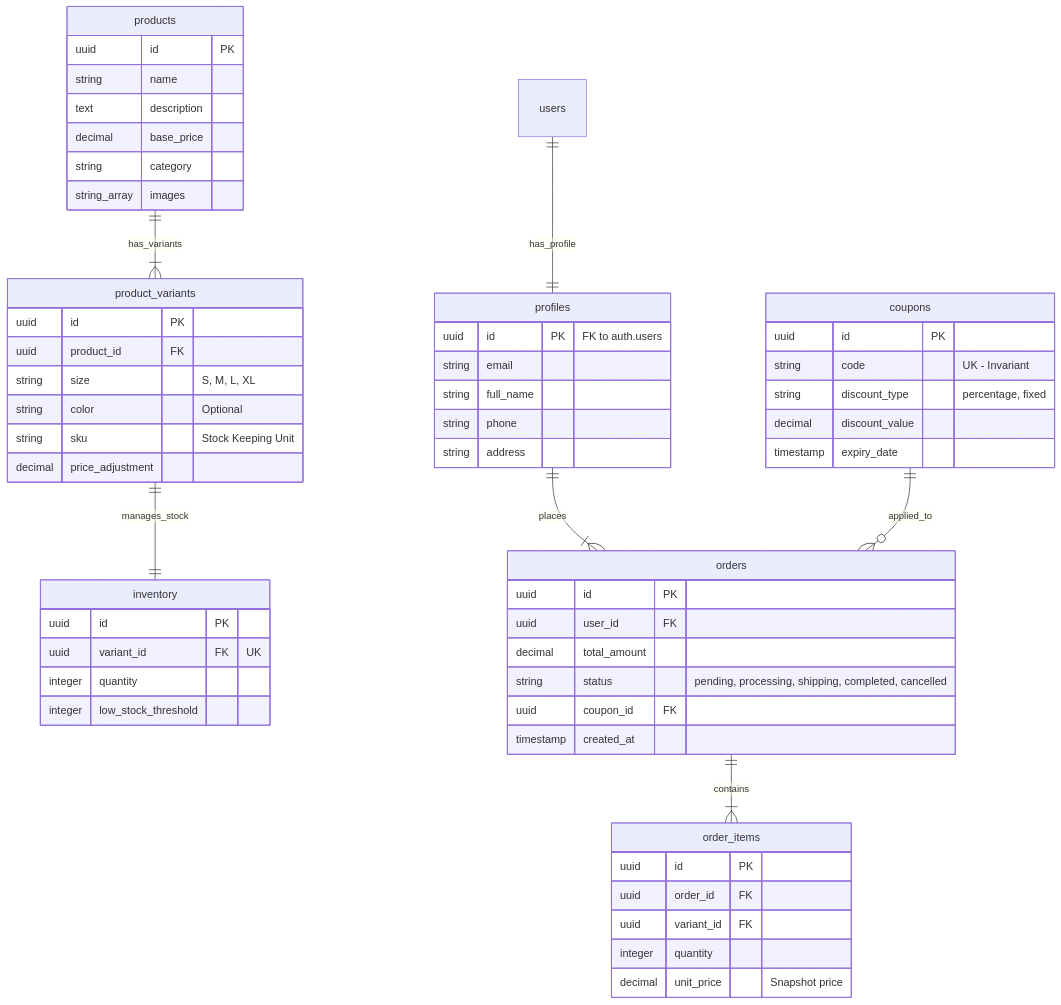
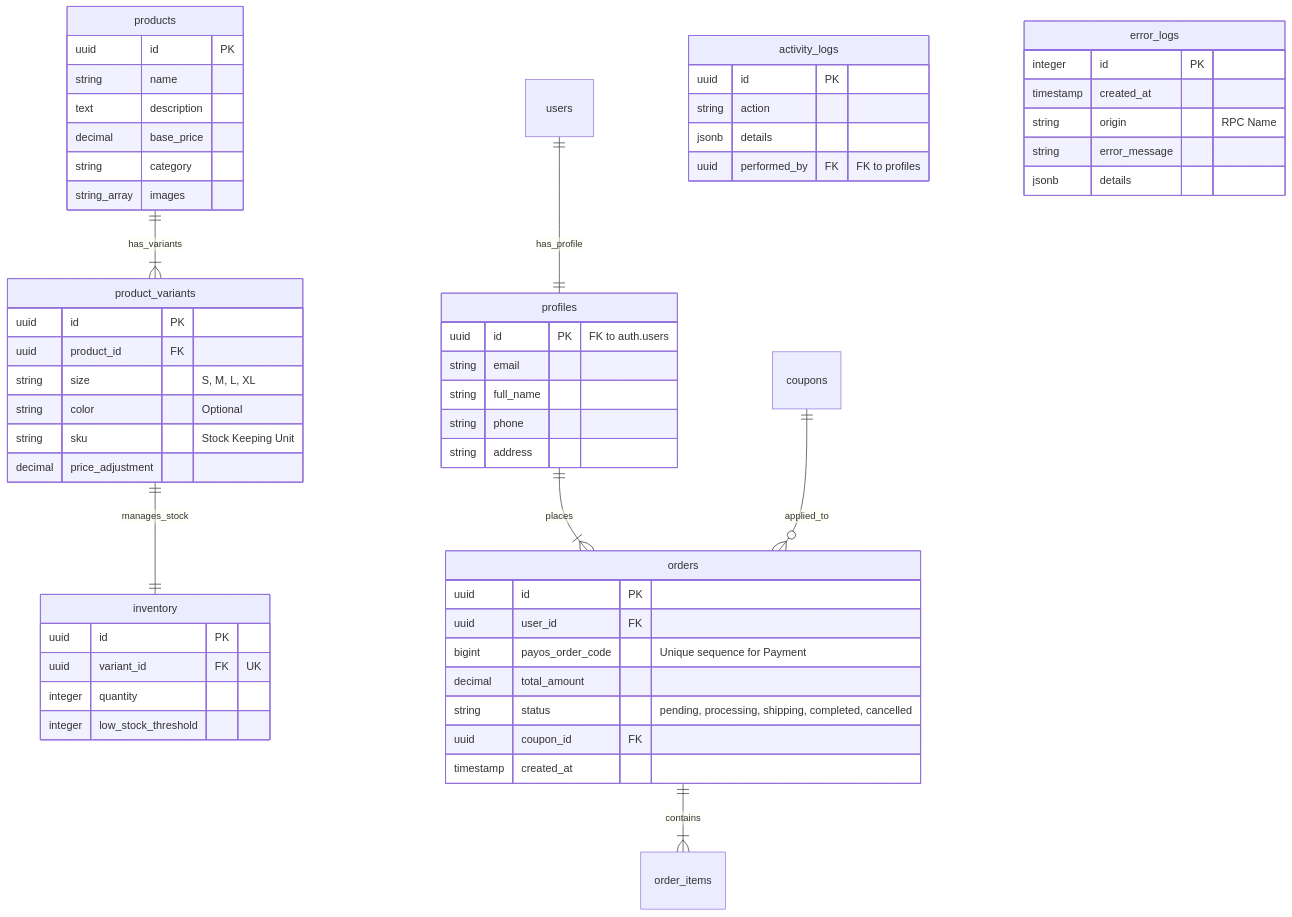
Before and after one commit to quan8897/Niee8: the diagram in docs_brain/database_design_specification.md, drawn with Mermaid. The commit also changed other lines of this file and 8 other files, not shown here.

````diff
--- a/docs_brain/database_design_specification.md
+++ b/docs_brain/database_design_specification.md
@@ -7,67 +7,67 @@
 ```mermaid
 erDiagram
     users ||--|| profiles : "has_profile"
     products ||--|{ product_variants : "has_variants"
     product_variants ||--|| inventory : "manages_stock"
     profiles ||--|{ orders : "places"
     orders ||--|{ order_items : "contains"
     coupons ||--o{ orders : "applied_to"
 
     profiles {
         uuid id PK "FK to auth.users"
         string email
         string full_name
         string phone
         string address
     }
 
     products {
         uuid id PK
         string name
         text description
         decimal base_price
         string category
         string_array images
     }
 
     product_variants {
         uuid id PK
         uuid product_id FK
         string size "S, M, L, XL"
         string color "Optional"
         string sku "Stock Keeping Unit"
         decimal price_adjustment
     }
 
     inventory {
         uuid id PK
         uuid variant_id FK "UK"
         integer quantity
         integer low_stock_threshold
     }
 
     orders {
         uuid id PK
         uuid user_id FK
+        bigint payos_order_code "Unique sequence for Payment"
         decimal total_amount
         string status "pending, processing, shipping, completed, cancelled"
         uuid coupon_id FK
         timestamp created_at
     }
 
-    order_items {
+    activity_logs {
         uuid id PK
-        uuid order_id FK
-        uuid variant_id FK
-        integer quantity
-        decimal unit_price "Snapshot price"
+        string action
+        jsonb details
+        uuid performed_by FK "FK to profiles"
     }
 
-    coupons {
-        uuid id PK
-        string code "UK - Invariant"
-        string discount_type "percentage, fixed"
-        decimal discount_value
-        timestamp expiry_date
+    error_logs {
+        integer id PK
+        timestamp created_at
+        string origin "RPC Name"
+        string error_message
+        jsonb details
     }
 ```
````
